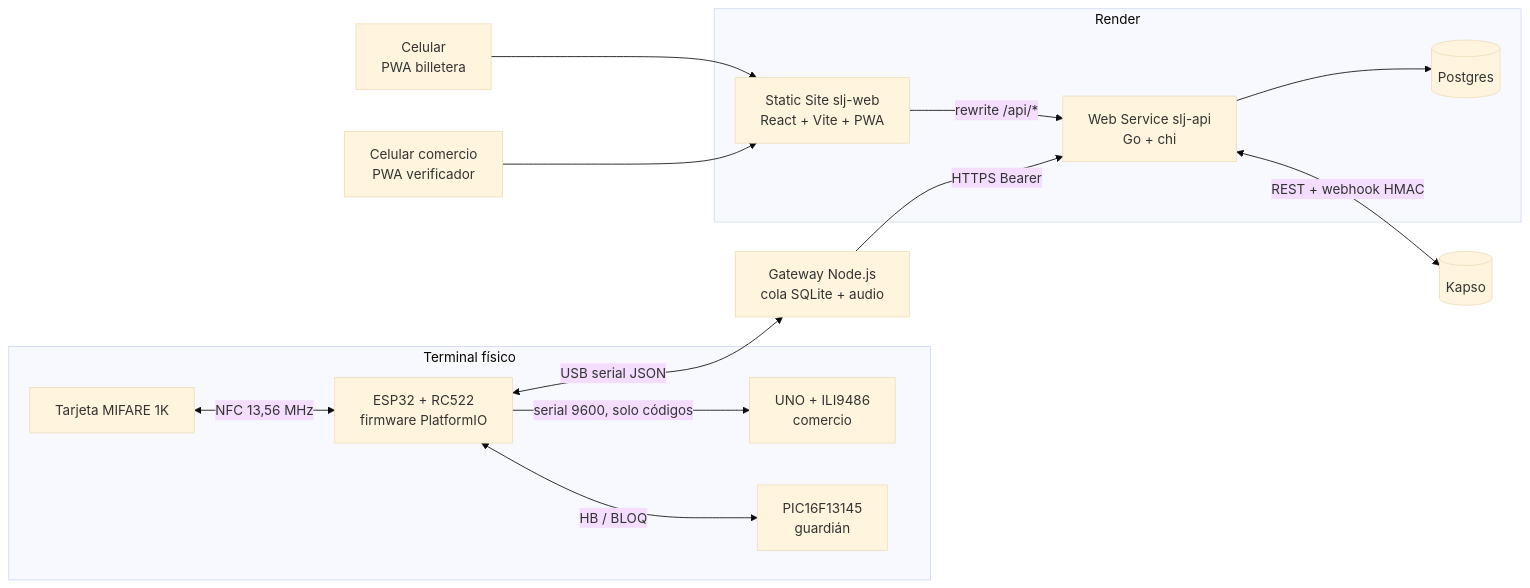
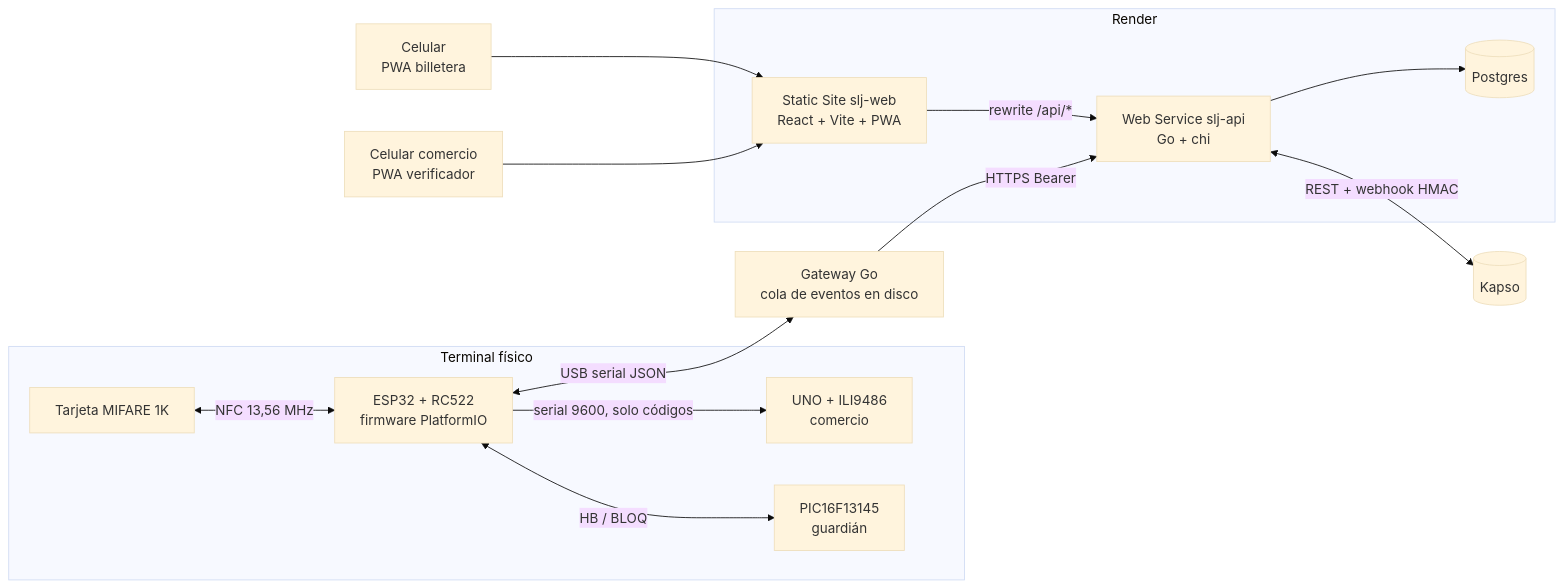
The second of 3 diagrams in docs/05-arquitectura.md (platanus-hack/platanus-hack-26-ve-team-1), drawn with Mermaid (base theme) before and after one commit. The commit also changed other lines of this file and 10 other files, not shown here.

````diff
--- a/docs/05-arquitectura.md
+++ b/docs/05-arquitectura.md
@@ -24,25 +22,25 @@
 ```mermaid
 flowchart LR
   subgraph Campo[Terminal físico]
     Card[Tarjeta MIFARE 1K]
     FW[ESP32 + RC522<br/>firmware PlatformIO]
     UNO[UNO + ILI9486<br/>comercio]
     PIC[PIC16F13145<br/>guardián]
     Card <-->|NFC 13,56 MHz| FW
     FW -->|serial 9600, solo códigos| UNO
     FW <-->|HB / BLOQ| PIC
   end
-  GW[Gateway Node.js<br/>cola SQLite + audio]
+  GW[Gateway Go<br/>cola de eventos en disco]
   FW <-->|USB serial JSON| GW
   subgraph Render
     Web[Static Site slj-web<br/>React + Vite + PWA]
     API[Web Service slj-api<br/>Go + chi]
     DB[(Postgres)]
     Web -->|rewrite /api/*| API
     API --> DB
   end
   GW -->|HTTPS Bearer| API
   API <-->|REST + webhook HMAC| K[(Kapso)]
   Phone[Celular<br/>PWA billetera] --> Web
   Verif[Celular comercio<br/>PWA verificador] --> Web
 ```
````
